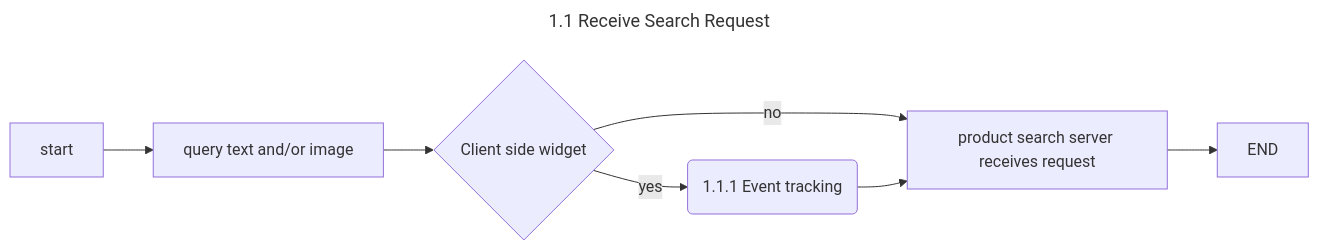
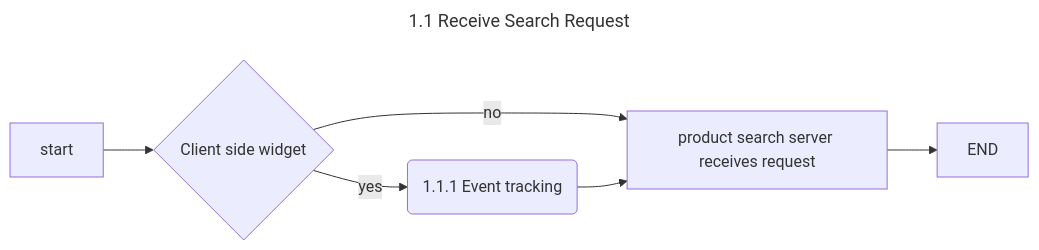
One commit to zchangvs/diagram changed the diagram in 1_1_Receive_search_request.md. Above: the diagram before and after it, drawn with Mermaid.

````diff
--- a/1_1_Receive_search_request.md
+++ b/1_1_Receive_search_request.md
@@ -1,12 +1,11 @@
 ```mermaid
 ---
 title: 1.1 Receive Search Request
 ---
 flowchart LR
-    ST[start] --> QU[query text and/or image]
-    QU --> WI{Client side widget}
+    ST[start] --> WI{Client side widget}
     WI --> |yes| ET(1.1.1 Event tracking)
     WI --> |no| PS[product search server receives request]
     ET --> PS
     PS --> EN[END]
 ```
````
